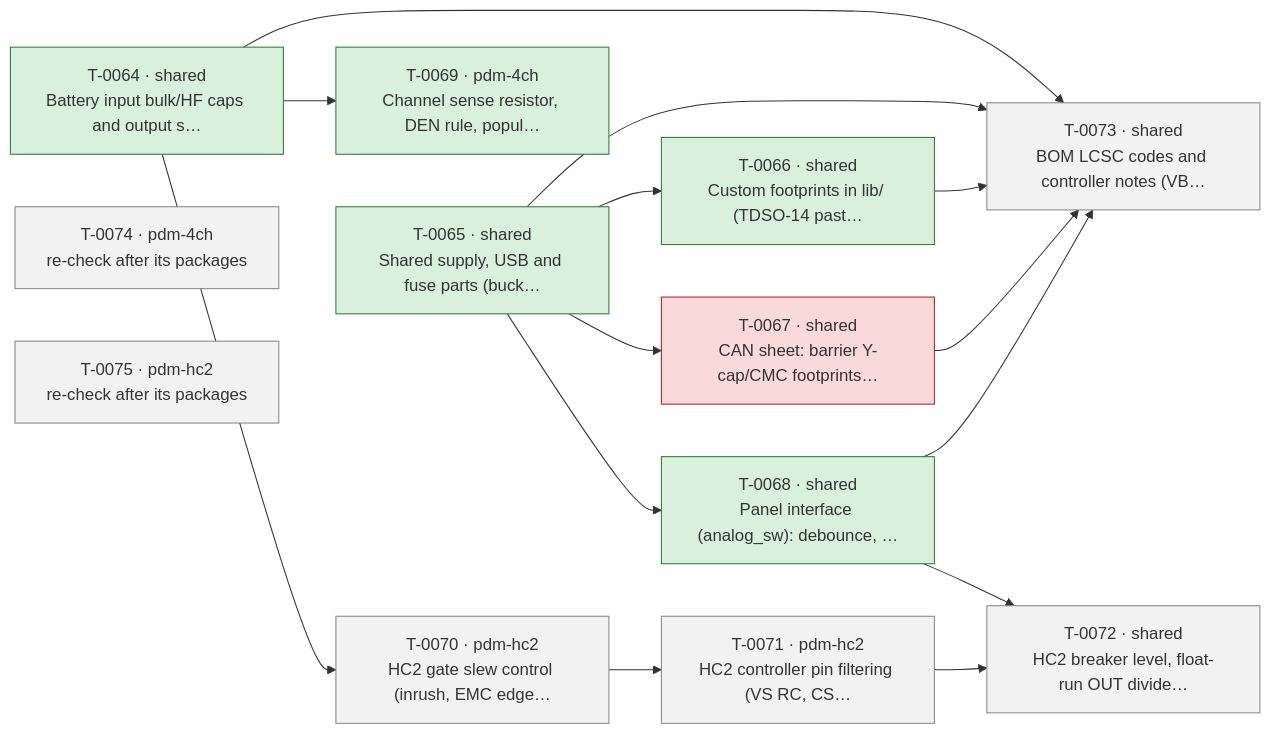
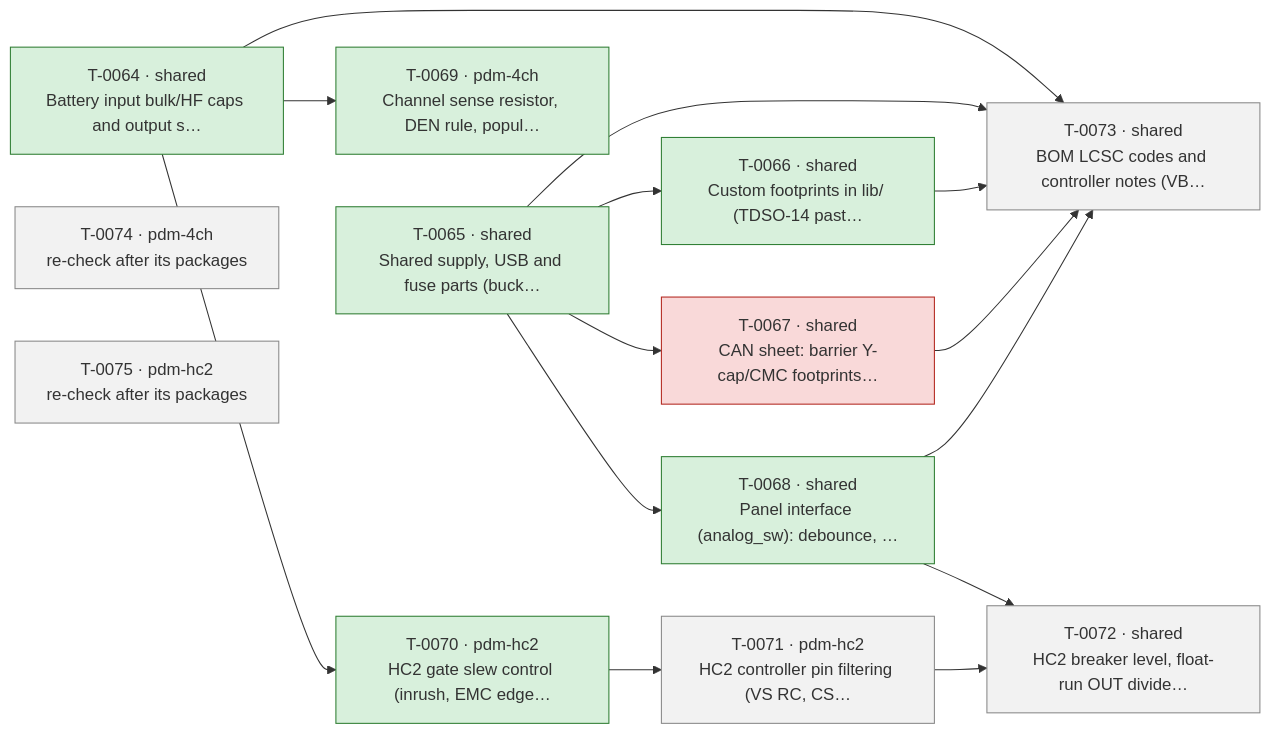
The diagram in docs/ROADMAP.md (plektra/ESP32-PDM), drawn with Mermaid before and after one commit. The commit also changed other lines of this file and 2 other files, not shown here.

First line of the commit message:
Auto: board-fixer pdm-hc2 (T-0070): 1 fixed, 3 blocked, merged 9d0b6d53; no part changes

````diff
--- a/docs/ROADMAP.md
+++ b/docs/ROADMAP.md
@@ -18,32 +18,32 @@
 ```mermaid
 flowchart LR
   T0064["T-0064 · shared<br/>Battery input bulk/HF caps and output s…"]:::done
   T0065["T-0065 · shared<br/>Shared supply, USB and fuse parts (buck…"]:::done
   T0066["T-0066 · shared<br/>Custom footprints in lib/ (TDSO-14 past…"]:::done
   T0067["T-0067 · shared<br/>CAN sheet: barrier Y-cap/CMC footprints…"]:::failed
   T0068["T-0068 · shared<br/>Panel interface (analog_sw): debounce, …"]:::done
   T0069["T-0069 · pdm-4ch<br/>Channel sense resistor, DEN rule, popul…"]:::done
-  T0070["T-0070 · pdm-hc2<br/>HC2 gate slew control (inrush, EMC edge…"]:::ready
+  T0070["T-0070 · pdm-hc2<br/>HC2 gate slew control (inrush, EMC edge…"]:::done
   T0071["T-0071 · pdm-hc2<br/>HC2 controller pin filtering (VS RC, CS…"]:::ready
   T0072["T-0072 · shared<br/>HC2 breaker level, float-run OUT divide…"]:::ready
   T0073["T-0073 · shared<br/>BOM LCSC codes and controller notes (VB…"]:::ready
   T0074["T-0074 · pdm-4ch<br/>re-check after its packages"]:::ready
   T0075["T-0075 · pdm-hc2<br/>re-check after its packages"]:::ready
   T0065 --> T0066
   T0065 --> T0067
   T0065 --> T0068
   T0064 --> T0069
   T0064 --> T0070
   T0070 --> T0071
   T0068 --> T0072
   T0071 --> T0072
   T0064 --> T0073
   T0065 --> T0073
   T0066 --> T0073
   T0067 --> T0073
   T0068 --> T0073
   classDef done fill:#d8f0dc,stroke:#2e7d32
   classDef running fill:#d6e6ff,stroke:#1f5fbf
   classDef ready fill:#f2f2f2,stroke:#888
   classDef failed fill:#f9d9d9,stroke:#b3261e
 ```
````
